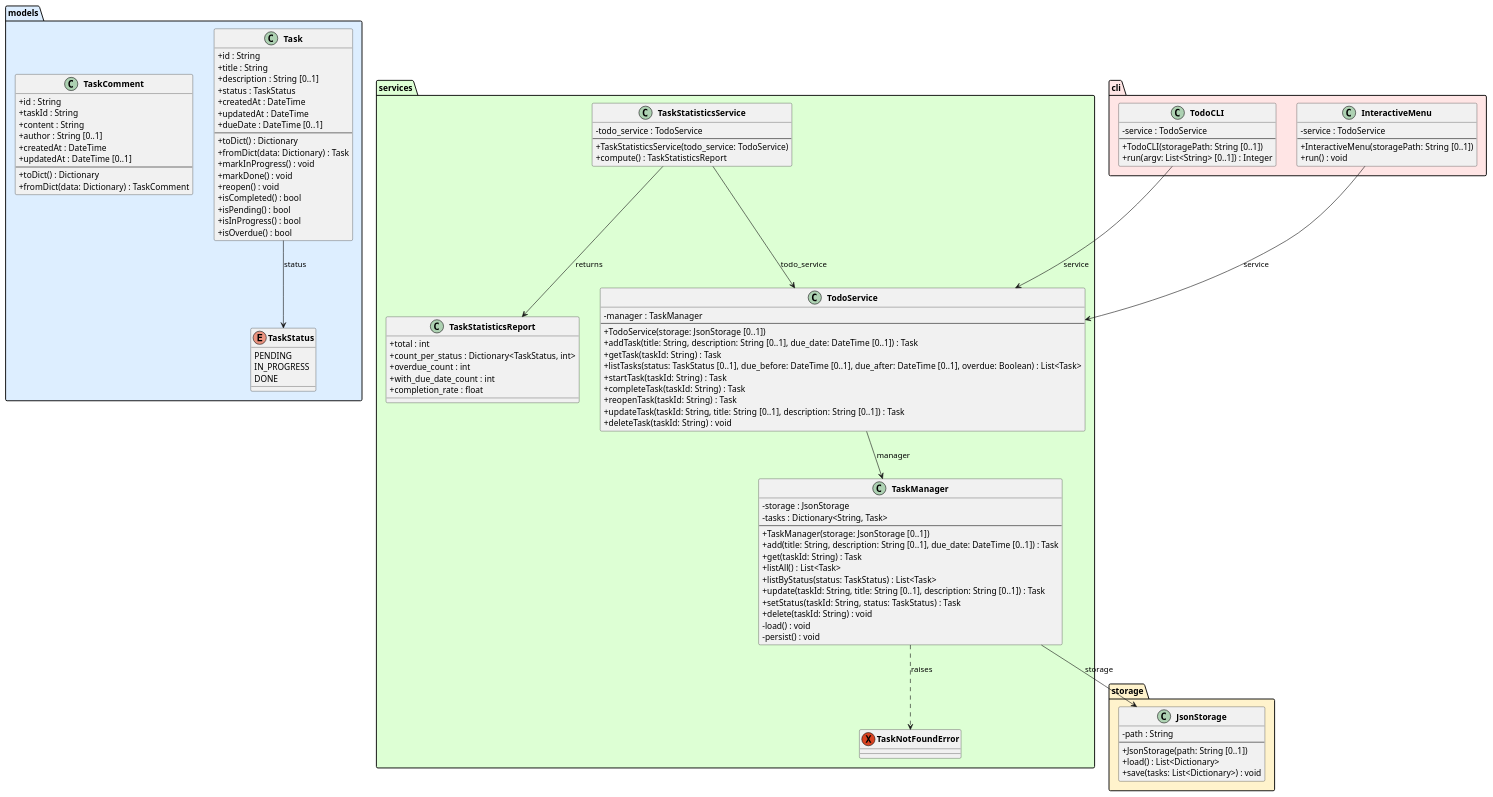
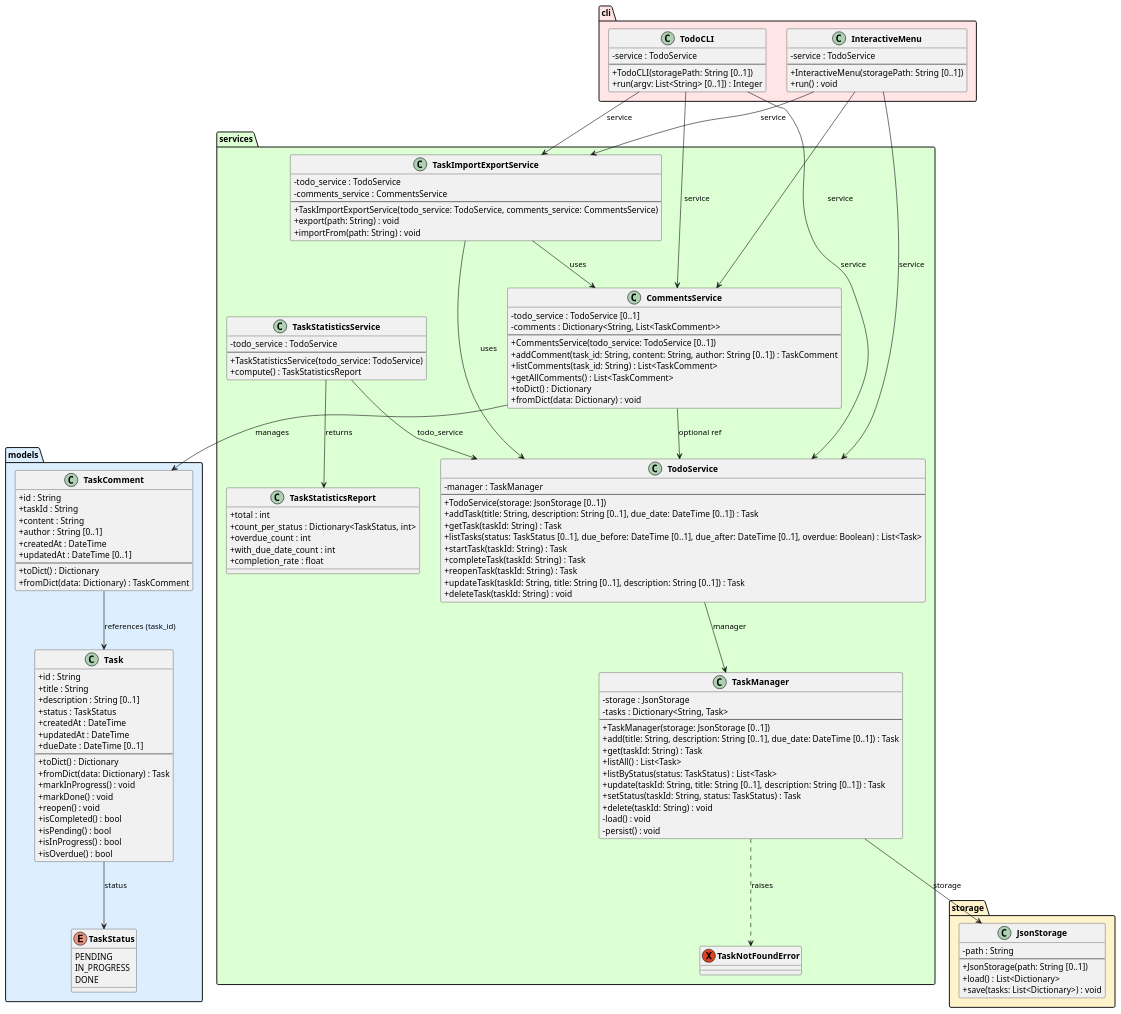
One commit to DanielRiha8906/Software_autoevolution_using_agents changed the diagram in experiments/broadcast/test_driven/TODO/artifacts/class_diagram.puml. Above: the diagram before and after it, drawn with PlantUML. The commit also changed 5 other files, not shown here.

First line of the commit message:
task 07 | broadcast / test_driven / TODO

```diff
--- a/experiments/broadcast/test_driven/TODO/artifacts/class_diagram.puml
+++ b/experiments/broadcast/test_driven/TODO/artifacts/class_diagram.puml
@@ -1,130 +1,160 @@
 @startuml class_diagram
 
 skinparam classAttributeIconSize 0
 skinparam classFontStyle bold
 
 package "models" #DDEEFF {
     enum TaskStatus {
         PENDING
         IN_PROGRESS
         DONE
     }
 
     class Task {
         +id : String
         +title : String
         +description : String [0..1]
         +status : TaskStatus
         +createdAt : DateTime
         +updatedAt : DateTime
         +dueDate : DateTime [0..1]
         --
         +toDict() : Dictionary
         +fromDict(data: Dictionary) : Task
         +markInProgress() : void
         +markDone() : void
         +reopen() : void
         +isCompleted() : bool
         +isPending() : bool
         +isInProgress() : bool
         +isOverdue() : bool
     }
 
     class TaskComment {
         +id : String
         +taskId : String
         +content : String
         +author : String [0..1]
         +createdAt : DateTime
         +updatedAt : DateTime [0..1]
         --
         +toDict() : Dictionary
         +fromDict(data: Dictionary) : TaskComment
     }
 }
 
 package "storage" #FFF3CC {
     class JsonStorage {
         -path : String
         --
         +JsonStorage(path: String [0..1])
         +load() : List<Dictionary>
         +save(tasks: List<Dictionary>) : void
     }
 }
 
 package "services" #DDFFD4 {
     exception TaskNotFoundError
 
     class TaskManager {
         -storage : JsonStorage
         -tasks : Dictionary<String, Task>
         --
         +TaskManager(storage: JsonStorage [0..1])
         +add(title: String, description: String [0..1], due_date: DateTime [0..1]) : Task
         +get(taskId: String) : Task
         +listAll() : List<Task>
         +listByStatus(status: TaskStatus) : List<Task>
         +update(taskId: String, title: String [0..1], description: String [0..1]) : Task
         +setStatus(taskId: String, status: TaskStatus) : Task
         +delete(taskId: String) : void
         -load() : void
         -persist() : void
     }
 
     class TodoService {
         -manager : TaskManager
         --
         +TodoService(storage: JsonStorage [0..1])
         +addTask(title: String, description: String [0..1], due_date: DateTime [0..1]) : Task
         +getTask(taskId: String) : Task
         +listTasks(status: TaskStatus [0..1], due_before: DateTime [0..1], due_after: DateTime [0..1], overdue: Boolean) : List<Task>
         +startTask(taskId: String) : Task
         +completeTask(taskId: String) : Task
         +reopenTask(taskId: String) : Task
         +updateTask(taskId: String, title: String [0..1], description: String [0..1]) : Task
         +deleteTask(taskId: String) : void
     }
 
+    class CommentsService {
+        -todo_service : TodoService [0..1]
+        -comments : Dictionary<String, List<TaskComment>>
+        --
+        +CommentsService(todo_service: TodoService [0..1])
+        +addComment(task_id: String, content: String, author: String [0..1]) : TaskComment
+        +listComments(task_id: String) : List<TaskComment>
+        +getAllComments() : List<TaskComment>
+        +toDict() : Dictionary
+        +fromDict(data: Dictionary) : void
+    }
+
+    class TaskImportExportService {
+        -todo_service : TodoService
+        -comments_service : CommentsService
+        --
+        +TaskImportExportService(todo_service: TodoService, comments_service: CommentsService)
+        +export(path: String) : void
+        +importFrom(path: String) : void
+    }
+
     class TaskStatisticsReport {
         +total : int
         +count_per_status : Dictionary<TaskStatus, int>
         +overdue_count : int
         +with_due_date_count : int
         +completion_rate : float
     }
 
     class TaskStatisticsService {
         -todo_service : TodoService
         --
         +TaskStatisticsService(todo_service: TodoService)
         +compute() : TaskStatisticsReport
     }
 }
 
 package "cli" #FFE5E5 {
     class TodoCLI {
         -service : TodoService
         --
         +TodoCLI(storagePath: String [0..1])
         +run(argv: List<String> [0..1]) : Integer
     }
 
     class InteractiveMenu {
         -service : TodoService
         --
         +InteractiveMenu(storagePath: String [0..1])
         +run() : void
     }
 }
 
 Task --> TaskStatus : status
+TaskComment --> Task : references (task_id)
 TaskManager --> JsonStorage : storage
 TaskManager ..> TaskNotFoundError : raises
 TodoService --> TaskManager : manager
+CommentsService --> TaskComment : manages
+CommentsService --> TodoService : optional ref
+TaskImportExportService --> TodoService : uses
+TaskImportExportService --> CommentsService : uses
 TaskStatisticsService --> TodoService : todo_service
 TaskStatisticsService --> TaskStatisticsReport : returns
 TodoCLI --> TodoService : service
+TodoCLI --> CommentsService : service
+TodoCLI --> TaskImportExportService : service
 InteractiveMenu --> TodoService : service
+InteractiveMenu --> CommentsService : service
+InteractiveMenu --> TaskImportExportService : service
 
 @enduml
```
